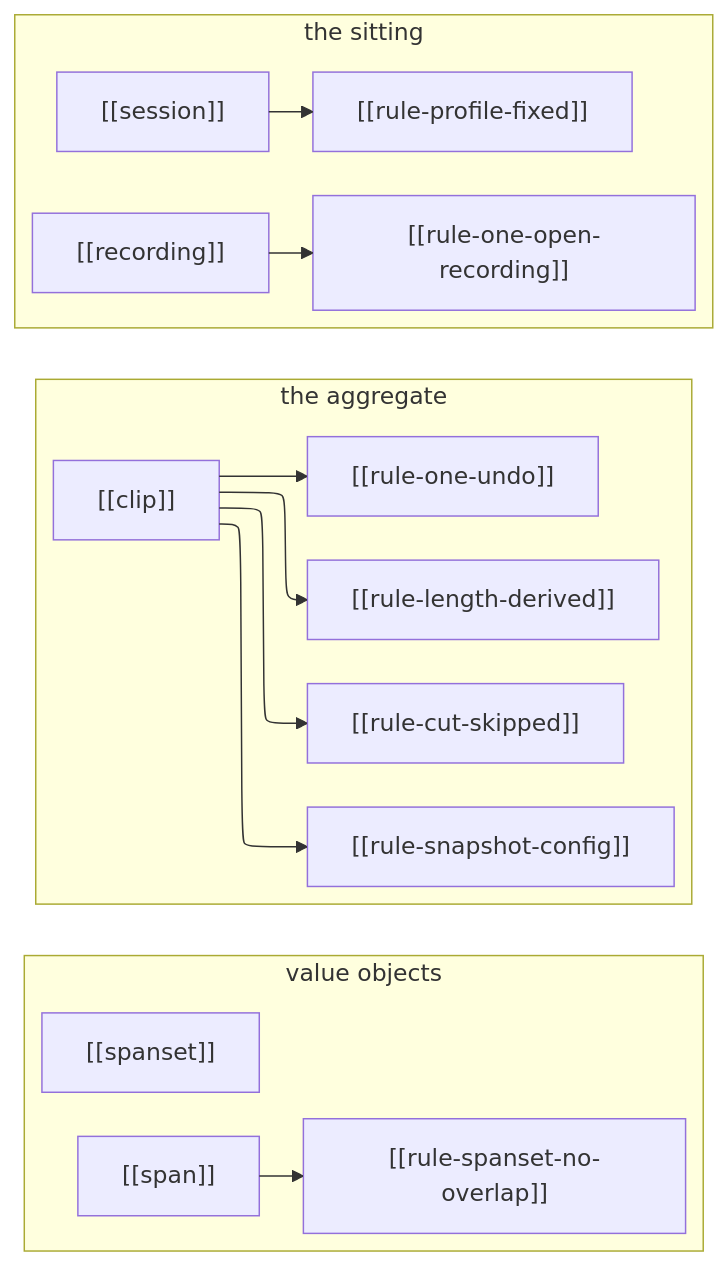
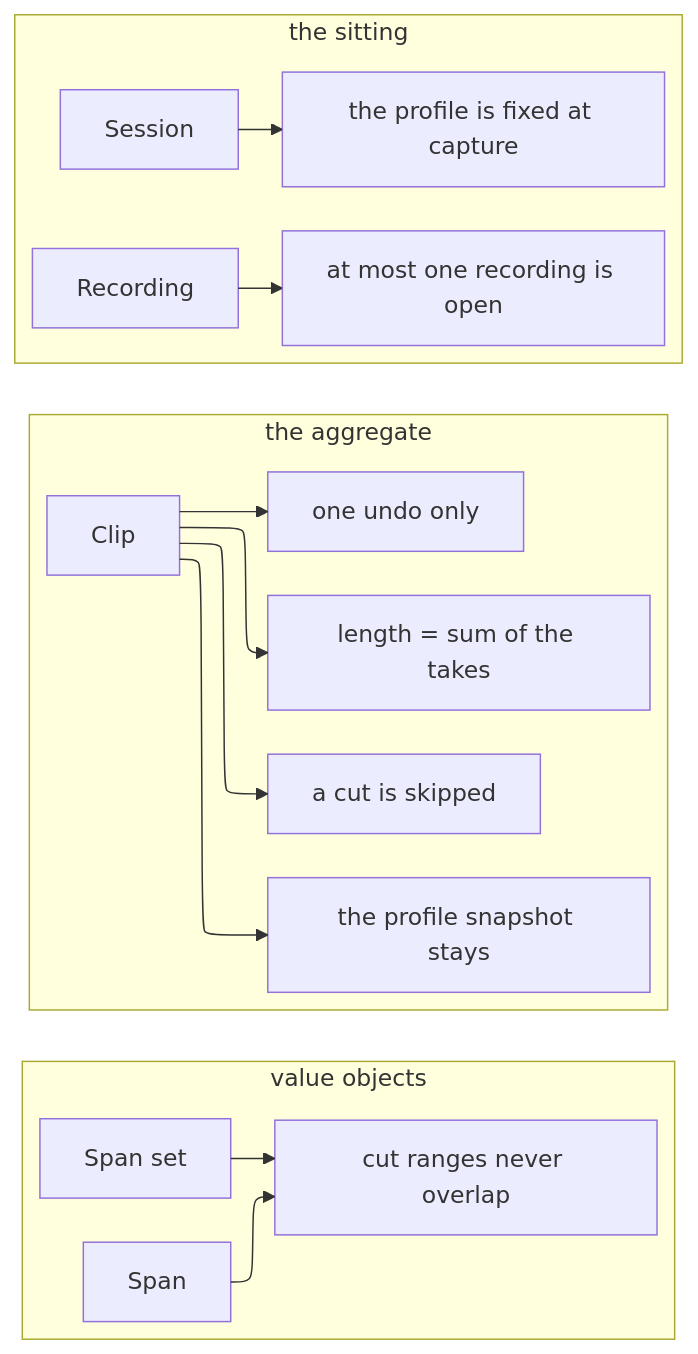
Before and after one commit to acs/democlip: the diagram in docs/ontology/rules.md, drawn with Mermaid. The commit also changed 2 other files, not shown here.

Commit message:
docs: drop the literal [[id]] markup from the diagram labels
The node labels carried the ontology's reference syntax — [[creator]],
[[process-intent]] — which mermaid draws literally, so the diagrams read as
markup rather than words. They are the human names now. The tables beside
each diagram keep the [[id]] references, so the checker and the record are
unchanged (131 references, ok).

Two smaller clean-ups in the same pass: the actors diagram's edge labels are
spelled out again ("makes content for", "works with"), and the rules map's
"Span set" node — which was drawn but unconnected — is joined to the rule it
owns.

````diff
--- a/docs/ontology/rules.md
+++ b/docs/ontology/rules.md
@@ -12,18 +12,18 @@
 ```mermaid
 %%{init: {"layout": "elk"}}%%
 flowchart LR
     subgraph value["value objects"]
-        span["[[span]]"] --> r1["[[rule-spanset-no-overlap]]"]
-        spanset["[[spanset]]"]
+        span["Span"] --> r1["cut ranges never overlap"]
+        spanset["Span set"] --> r1
     end
     subgraph agg["the aggregate"]
-        clip["[[clip]]"] --> r2["[[rule-length-derived]]"]
-        clip --> r3["[[rule-cut-skipped]]"]
-        clip --> r4["[[rule-one-undo]]"]
-        clip --> r5["[[rule-snapshot-config]]"]
+        clip["Clip"] --> r2["length = sum of the takes"]
+        clip --> r3["a cut is skipped"]
+        clip --> r4["one undo only"]
+        clip --> r5["the profile snapshot stays"]
     end
     subgraph sitting["the sitting"]
-        session["[[session]]"] --> r6["[[rule-profile-fixed]]"]
-        recording["[[recording]]"] --> r7["[[rule-one-open-recording]]"]
+        session["Session"] --> r6["the profile is fixed at capture"]
+        recording["Recording"] --> r7["at most one recording is open"]
     end
 ```
````
